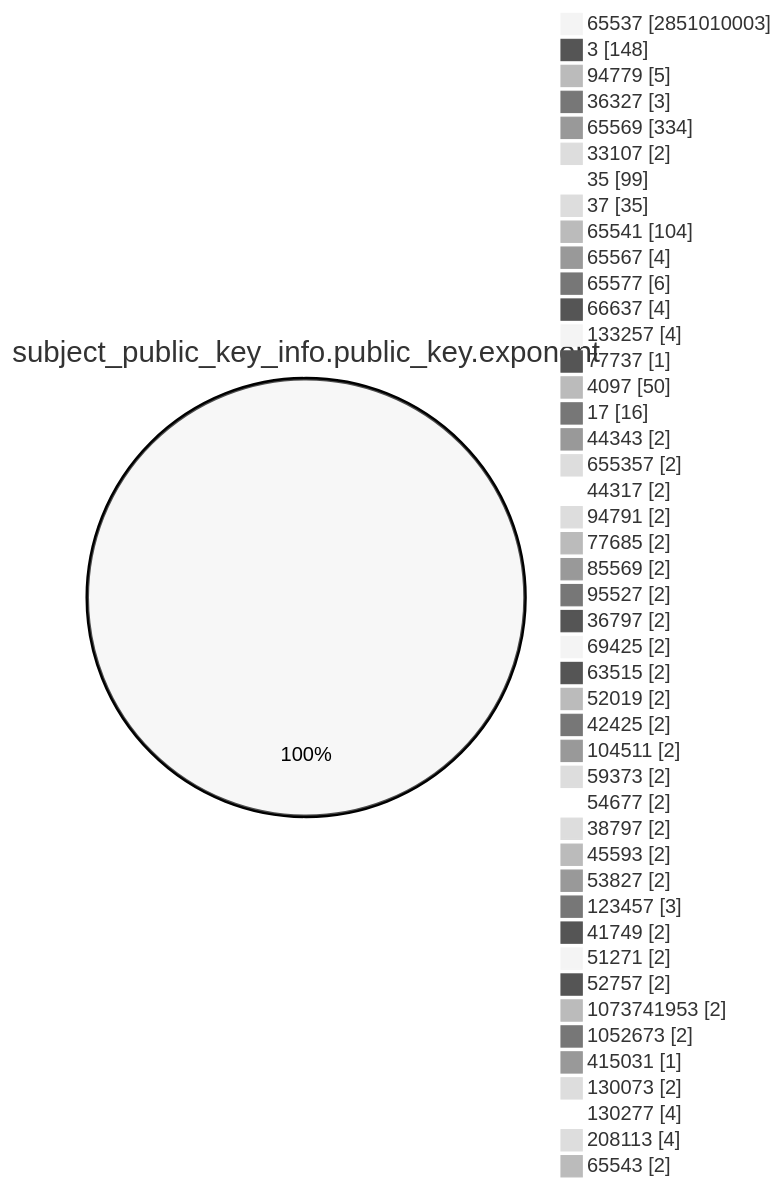
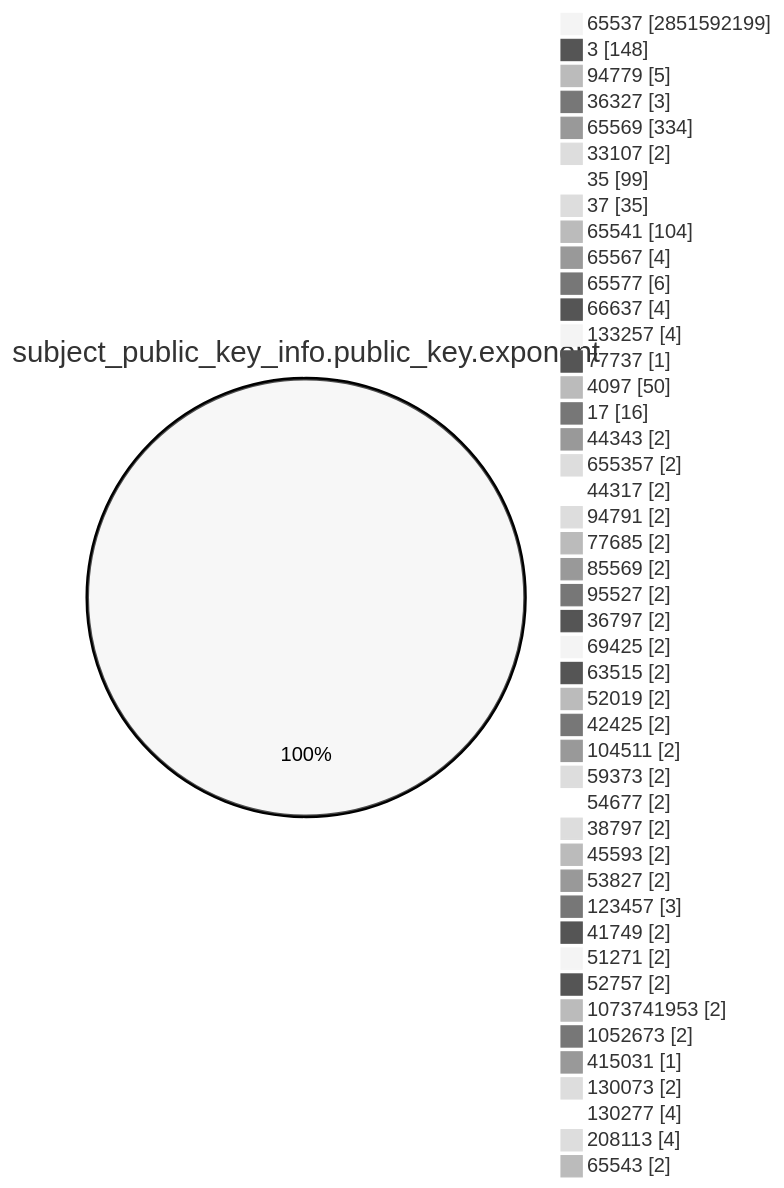
One commit to christiankrug/ctmonitor_visualization changed the fourth of 15 diagrams in TOTAL/README.md. Above: the diagram before and after it, drawn with Mermaid (neutral theme). The commit also changed other lines of this file, not shown here.

````diff
--- a/TOTAL/README.md
+++ b/TOTAL/README.md
@@ -1468,49 +1468,49 @@
 ```mermaid
 pie showData
 title subject_public_key_info.public_key.exponent
-"65537" :2851010003
+"65537" :2851592199
 "3" :148
 "94779" :5
 "36327" :3
 "65569" :334
 "33107" :2
 "35" :99
 "37" :35
 "65541" :104
 "65567" :4
 "65577" :6
 "66637" :4
 "133257" :4
 "77737" :1
 "4097" :50
 "17" :16
 "44343" :2
 "655357" :2
 "44317" :2
 "94791" :2
 "77685" :2
 "85569" :2
 "95527" :2
 "36797" :2
 "69425" :2
 "63515" :2
 "52019" :2
 "42425" :2
 "104511" :2
 "59373" :2
 "54677" :2
 "38797" :2
 "45593" :2
 "53827" :2
 "123457" :3
 "41749" :2
 "51271" :2
 "52757" :2
 "1073741953" :2
 "1052673" :2
 "415031" :1
 "130073" :2
 "130277" :4
 "208113" :4
 "65543" :2
 ```
````
